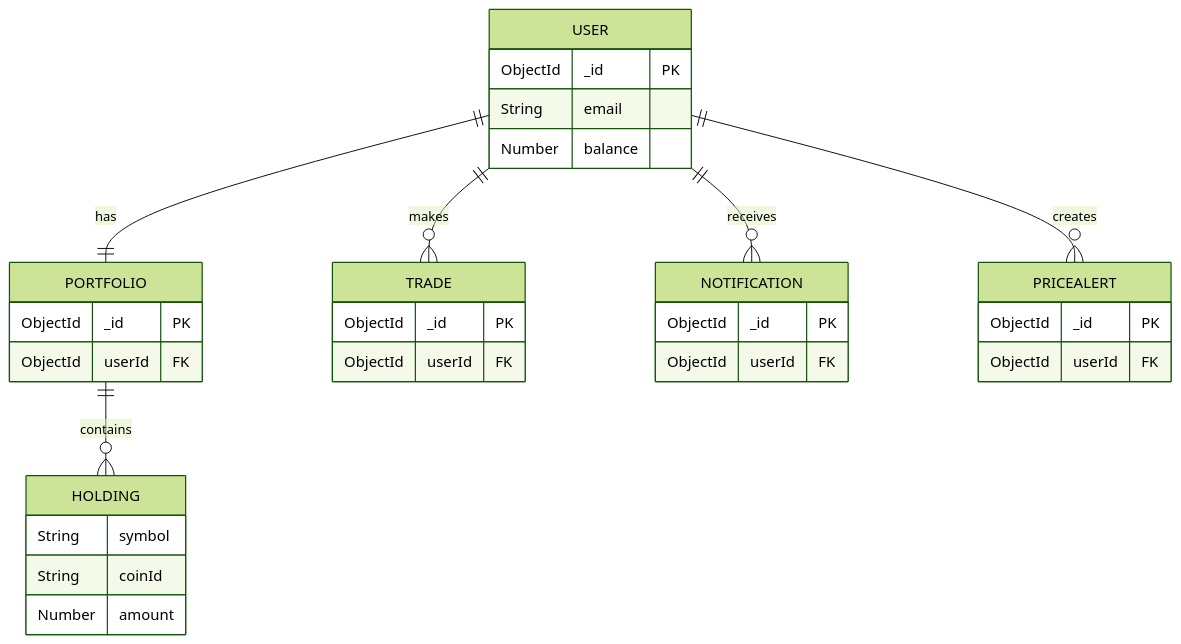
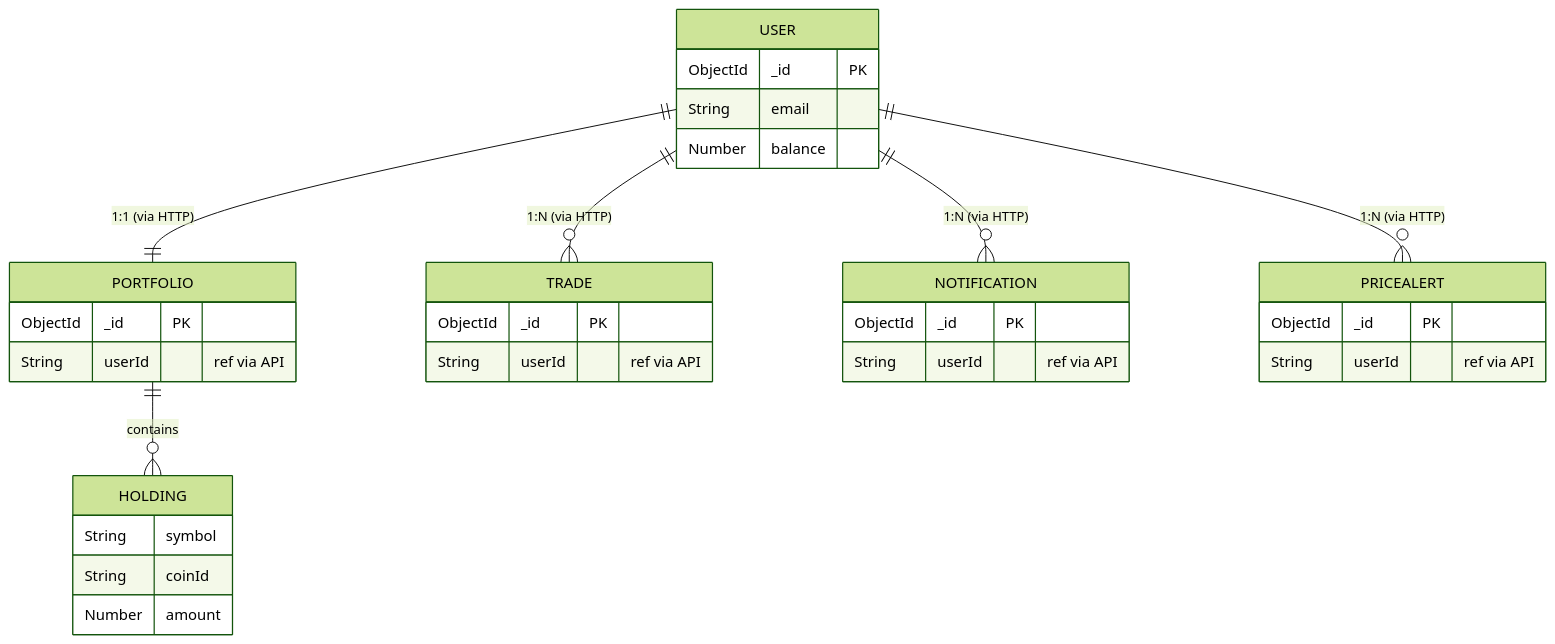
Before and after one commit to doanthetin193/CryptoTradingSOA: diagram 25 of 31 in docs/BAO_CAO_KIEN_TRUC_HUONG_DICH_VU.md, drawn with Mermaid (forest theme). The commit also changed other lines of this file and 7 other files, not shown here.

````diff
--- a/docs/BAO_CAO_KIEN_TRUC_HUONG_DICH_VU.md
+++ b/docs/BAO_CAO_KIEN_TRUC_HUONG_DICH_VU.md
@@ -1351,35 +1356,42 @@
 ```mermaid
 erDiagram
-    USER ||--|| PORTFOLIO : has
-    USER ||--o{ TRADE : makes
-    USER ||--o{ NOTIFICATION : receives
-    USER ||--o{ PRICEALERT : creates
-    PORTFOLIO ||--o{ HOLDING : contains
-    
+    %% Database: crypto_users
     USER {
         ObjectId _id PK
         String email
         Number balance
     }
+    
+    %% Database: crypto_portfolios
     PORTFOLIO {
         ObjectId _id PK
-        ObjectId userId FK
+        String userId "ref via API"
     }
     HOLDING {
         String symbol
         String coinId
         Number amount
     }
+    
+    %% Database: crypto_trades
     TRADE {
         ObjectId _id PK
-        ObjectId userId FK
+        String userId "ref via API"
     }
+    
+    %% Database: crypto_notifications
     NOTIFICATION {
         ObjectId _id PK
-        ObjectId userId FK
+        String userId "ref via API"
     }
     PRICEALERT {
         ObjectId _id PK
-        ObjectId userId FK
+        String userId "ref via API"
     }
+    
+    USER ||--|| PORTFOLIO : "1:1 (via HTTP)"
+    USER ||--o{ TRADE : "1:N (via HTTP)"
+    USER ||--o{ NOTIFICATION : "1:N (via HTTP)"
+    USER ||--o{ PRICEALERT : "1:N (via HTTP)"
+    PORTFOLIO ||--o{ HOLDING : contains
 ```
````
